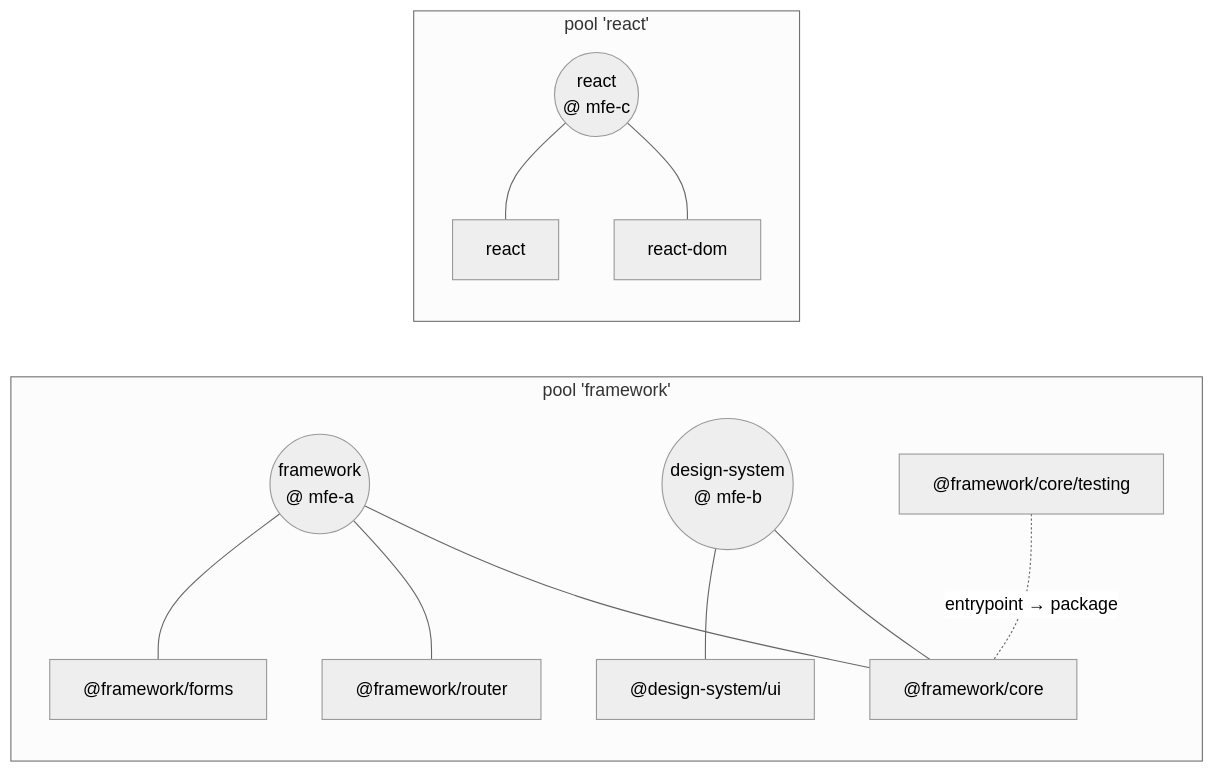
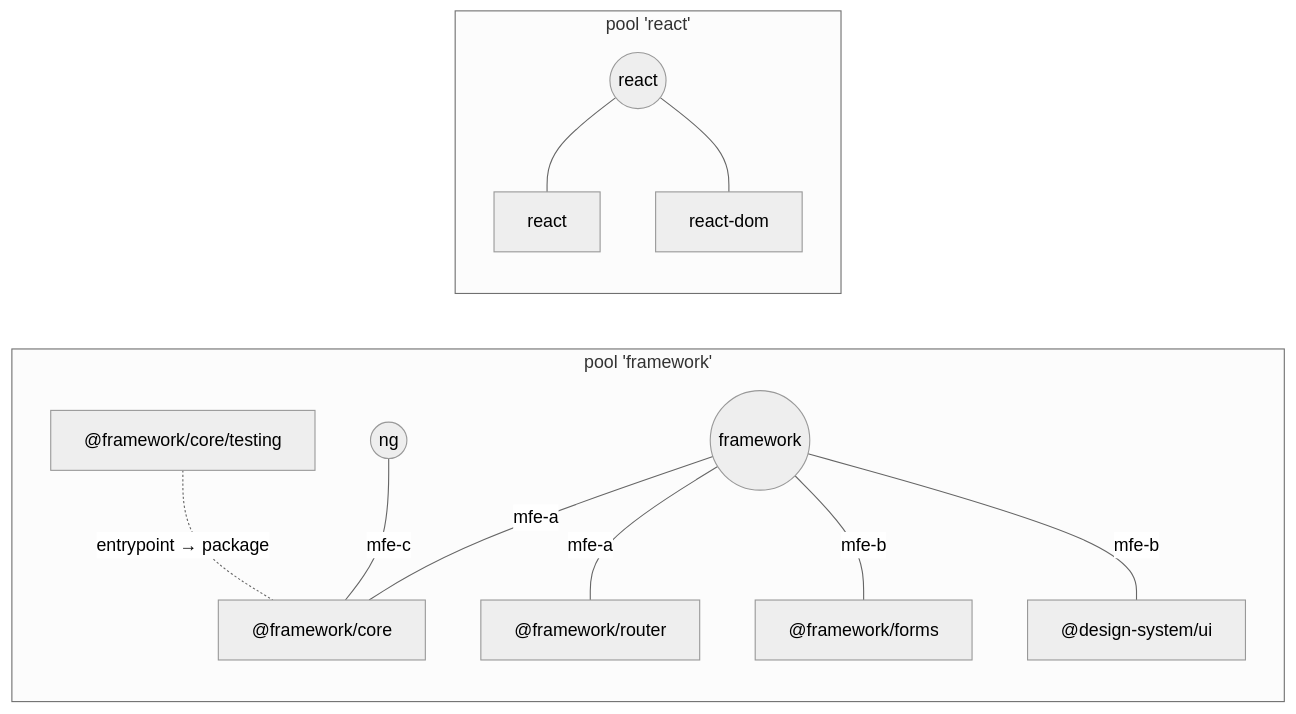
One commit to native-federation/native-federation-website changed the third of 9 diagrams in src/content/docs/v4/orchestrator/pooling.md. Above: the diagram before and after it, drawn with Mermaid (neutral theme). The commit also changed other lines of this file and 11 other files, not shown here.

````diff
--- a/src/content/docs/v4/orchestrator/pooling.md
+++ b/src/content/docs/v4/orchestrator/pooling.md
@@ -135,25 +134,25 @@
 ```mermaid
 flowchart LR
     subgraph P1["pool 'framework'"]
-        t1(("framework<br/>@ mfe-a"))
-        t2(("design-system<br/>@ mfe-b"))
+        t1(("framework"))
+        t2(("ng"))
         core["@framework/core"]
         router["@framework/router"]
         forms["@framework/forms"]
         testing["@framework/core/testing"]
         ui["@design-system/ui"]
     end
     subgraph P2["pool 'react'"]
-        t3(("react<br/>@ mfe-c"))
+        t3(("react"))
         react["react"]
         rdom["react-dom"]
     end
-    t1 --- core
-    t1 --- router
-    t1 --- forms
-    t2 --- core
-    t2 --- ui
+    t1 ---|mfe-a| core
+    t1 ---|mfe-a| router
+    t1 ---|mfe-b| forms
+    t1 ---|mfe-b| ui
+    t2 ---|mfe-c| core
     testing -. "entrypoint → package" .- core
     t3 --- react
     t3 --- rdom
 ```
````
